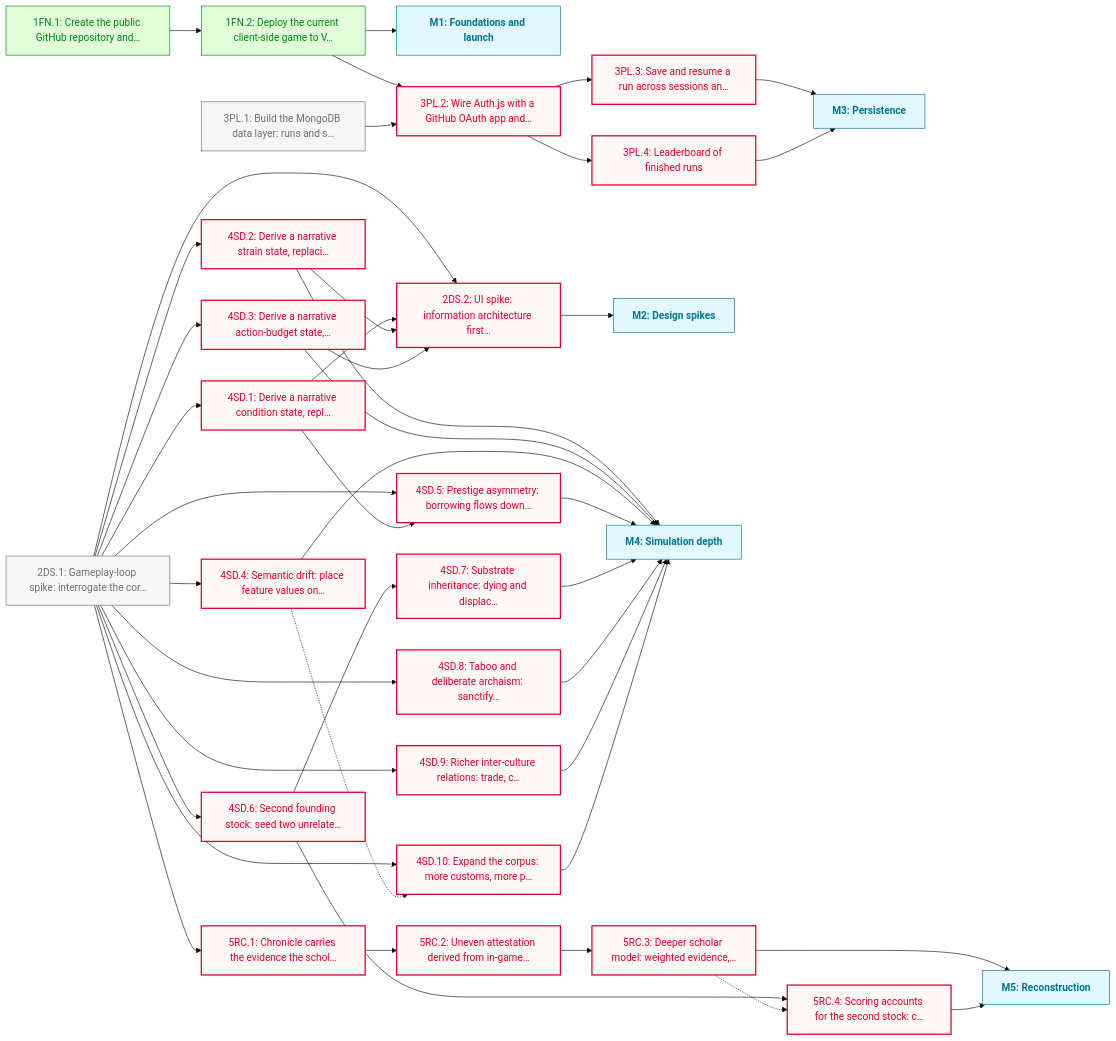
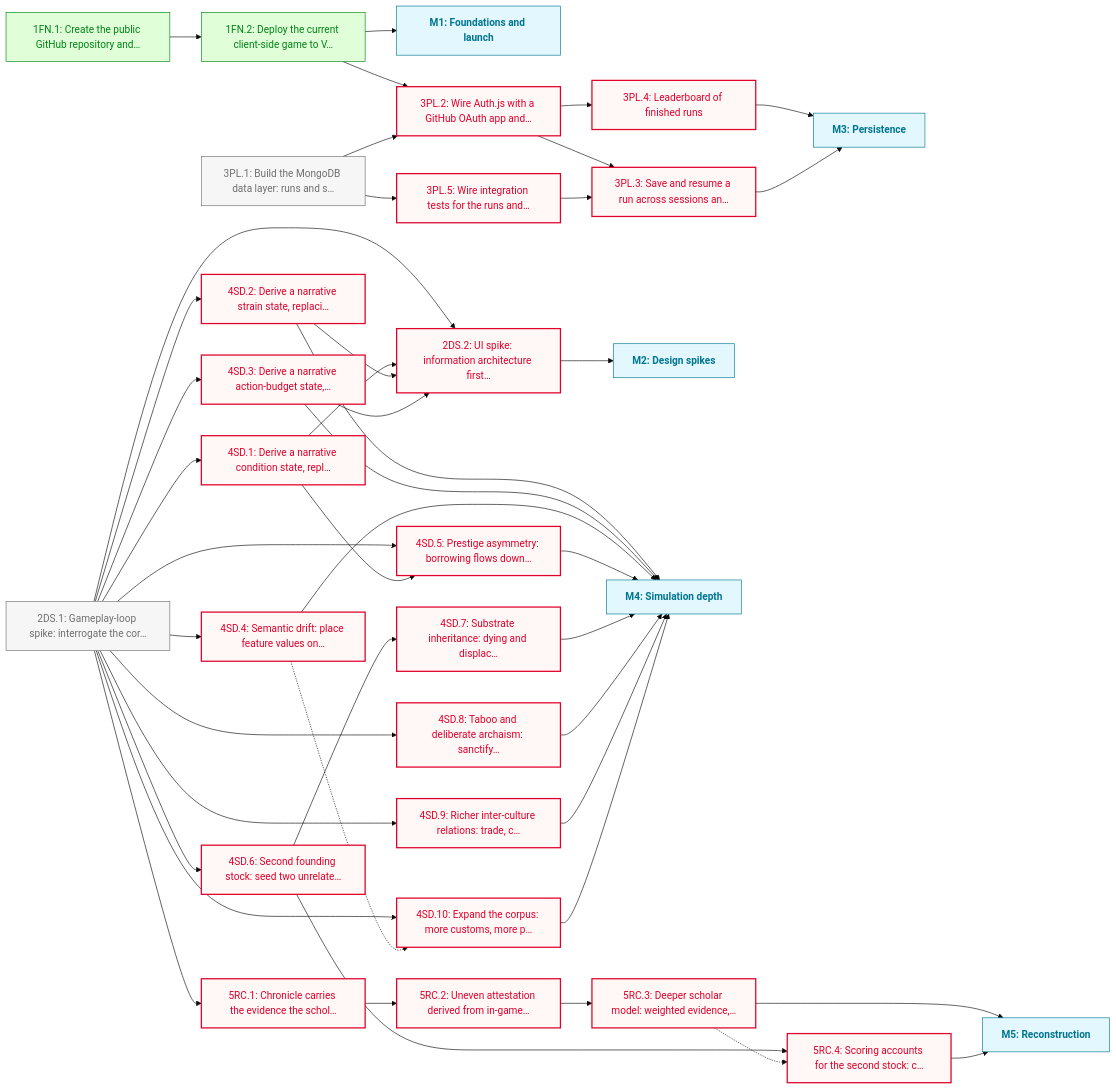
The diagram in docs/roadmaps/PHASE_1.md (JasonWarrenUK/urheimat), drawn with Mermaid (base theme) before and after one commit. The commit also changed other lines of this file and 3 other files, not shown here.

Commit message:
docs: update roadmap

````diff
--- a/docs/roadmaps/PHASE_1.md
+++ b/docs/roadmaps/PHASE_1.md
@@ -99,8 +101,9 @@
 	2DS.1["2DS.1: Gameplay-loop spike: interrogate the cor…"]
 	3PL.1["3PL.1: Build the MongoDB data layer: runs and s…"]
 	3PL.2["3PL.2: Wire Auth.js with a GitHub OAuth app and…"]
+	3PL.4["3PL.4: Leaderboard of finished runs"]
+	3PL.5["3PL.5: Wire integration tests for the runs and…"]
 	3PL.3["3PL.3: Save and resume a run across sessions an…"]
-	3PL.4["3PL.4: Leaderboard of finished runs"]
 	M3["M3: Persistence"]:::mile
 	4SD.1["4SD.1: Derive a narrative condition state, repl…"]
 	4SD.2["4SD.2: Derive a narrative strain state, replaci…"]
@@ -135,10 +138,12 @@
 	2DS.1 --> 4SD.10
 	2DS.1 --> 5RC.1
 	3PL.1 --> 3PL.2
+	3PL.1 --> 3PL.5
+	3PL.2 --> 3PL.4
 	3PL.2 --> 3PL.3
-	3PL.2 --> 3PL.4
+	3PL.4 --> M3
+	3PL.5 --> 3PL.3
 	3PL.3 --> M3
-	3PL.4 --> M3
 	4SD.1 --> 2DS.2
 	4SD.1 --> 4SD.5
 	4SD.2 --> 2DS.2
@@ -161,6 +166,6 @@
 	5RC.3 --> M5
 	5RC.4 --> M5
 	class 2DS.1,3PL.1 todo
-	class 2DS.2,3PL.2,3PL.3,3PL.4,4SD.1,4SD.10,4SD.2,4SD.3,4SD.4,4SD.5,4SD.6,4SD.7,4SD.8,4SD.9,5RC.1,5RC.2,5RC.3,5RC.4 blocked
+	class 2DS.2,3PL.2,3PL.3,3PL.4,3PL.5,4SD.1,4SD.10,4SD.2,4SD.3,4SD.4,4SD.5,4SD.6,4SD.7,4SD.8,4SD.9,5RC.1,5RC.2,5RC.3,5RC.4 blocked
 	class 1FN.1,1FN.2 done
 ```
````
